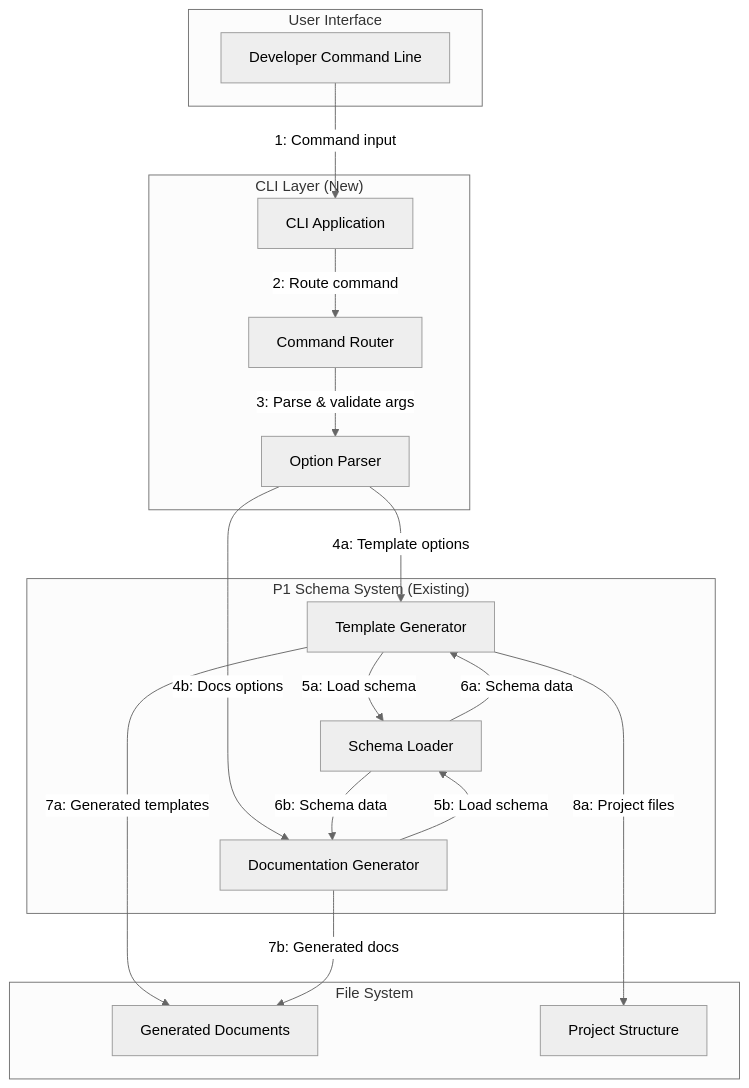
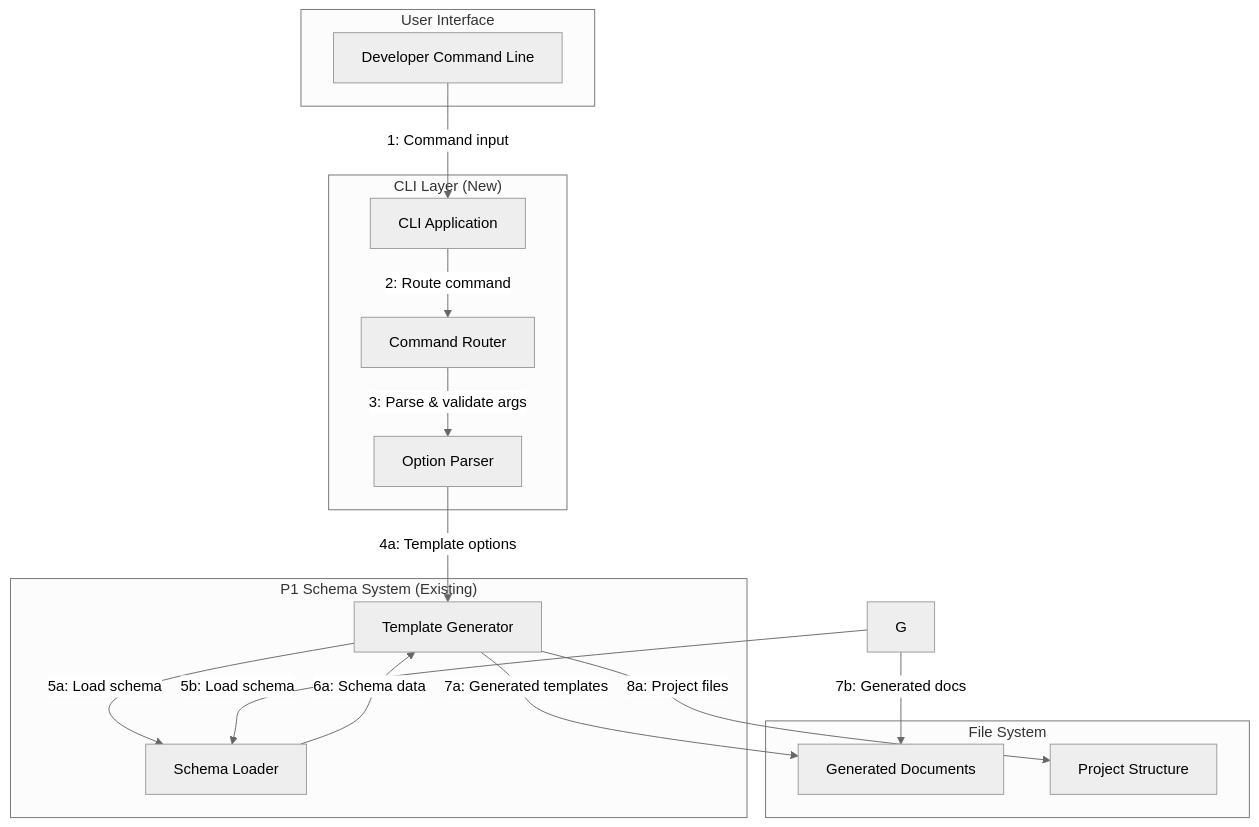
Before and after one commit to livelifelively/documentation-driven-development-tools: the eighth of 10 diagrams in docs/requirements/p1.p2-cli-tools.plan.md, drawn with Mermaid (neutral theme). The commit also changed other lines of this file and 5 other files, not shown here.

````diff
--- a/docs/requirements/p1.p2-cli-tools.plan.md
+++ b/docs/requirements/p1.p2-cli-tools.plan.md
@@ -369,36 +405,33 @@
 ```mermaid
 graph TD
     subgraph "User Interface"
         A[Developer Command Line]
     end
 
     subgraph "CLI Layer (New)"
         B[CLI Application]
         C[Command Router]
         D[Option Parser]
     end
 
     subgraph "P1 Schema System (Existing)"
         E[Schema Loader]
         F[Template Generator]
-        G[Documentation Generator]
     end
 
     subgraph "File System"
         H[Generated Documents]
         I[Project Structure]
     end
 
     A -->|"1: Command input"| B
     B -->|"2: Route command"| C
     C -->|"3: Parse & validate args"| D
     D -->|"4a: Template options"| F
-    D -->|"4b: Docs options"| G
     F -->|"5a: Load schema"| E
     G -->|"5b: Load schema"| E
     E -->|"6a: Schema data"| F
-    E -->|"6b: Schema data"| G
     F -->|"7a: Generated templates"| H
     G -->|"7b: Generated docs"| H
     F -->|"8a: Project files"| I
 ```
````
